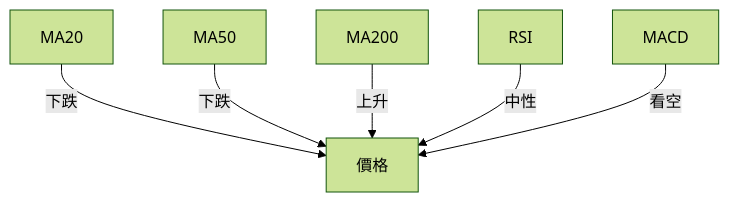
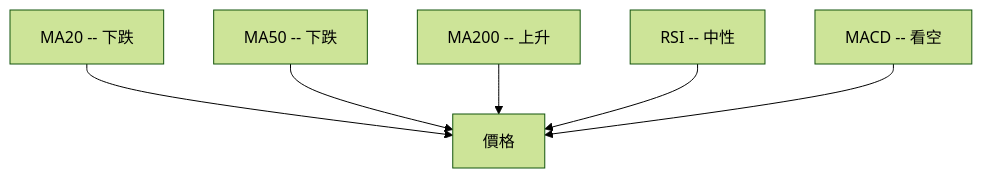
One commit to yennanliu/finance_data changed the fifth of 10 diagrams in ai_gen_report/stock/onds/technical_analysis_2026-03-31_openai.md. Above: the diagram before and after it, drawn with Mermaid (forest theme). The commit also changed other lines of this file and 2258 other files, not shown here.

First line of the commit message:
chore: backfill Mermaid syntax repair across existing reports

````diff
--- a/ai_gen_report/stock/onds/technical_analysis_2026-03-31_openai.md
+++ b/ai_gen_report/stock/onds/technical_analysis_2026-03-31_openai.md
@@ -226,8 +226,8 @@
 ```mermaid
 graph TD
-    MA20 -- 下跌 --> 價格
-    MA50 -- 下跌 --> 價格
-    MA200 -- 上升 --> 價格
-    RSI -- 中性 --> 價格
-    MACD -- 看空 --> 價格
+    nb1["MA20 -- 下跌"] --> 價格
+    nb2["MA50 -- 下跌"] --> 價格
+    nb3["MA200 -- 上升"] --> 價格
+    nb4["RSI -- 中性"] --> 價格
+    nb5["MACD -- 看空"] --> 價格
 ```
````
